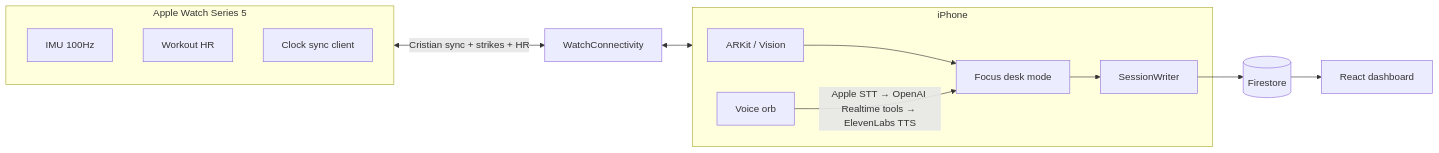
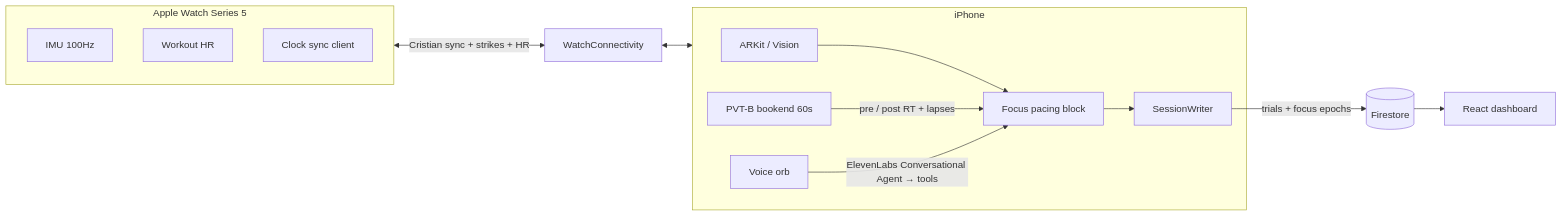
One commit to 5hadowblaze/Synapse changed the diagram in docs/MASTER.md. Above: the diagram before and after it, drawn with Mermaid. The commit also changed other lines of this file and 156 other files, not shown here.

First line of the commit message:
Ship pacing Focus loop: PVT-B bookend, three-proxy fade HUD, ElevenLabs coach, and Focus web timeline.

````diff
--- a/docs/MASTER.md
+++ b/docs/MASTER.md
@@ -34,25 +61,27 @@
 ```mermaid
 flowchart LR
   subgraph watch [Apple Watch Series 5]
     IMU[IMU 100Hz]
     HR[Workout HR]
     SyncW[Clock sync client]
   end
   subgraph phone [iPhone]
     Face[ARKit / Vision]
-    Focus[Focus desk mode]
+    PVT[PVT-B bookend 60s]
+    Focus[Focus pacing block]
     Voice[Voice orb]
     Writer[SessionWriter]
   end
   WC[WatchConnectivity]
   FS[(Firestore)]
   Web[React dashboard]
 
   watch <-->|Cristian sync + strikes + HR| WC
   WC <--> phone
   Face --> Focus
+  PVT -->|pre / post RT + lapses| Focus
   Focus --> Writer
-  Writer --> FS
+  Writer -->|trials + focus epochs| FS
   FS --> Web
-  Voice -->|Apple STT → OpenAI Realtime tools → ElevenLabs TTS| Focus
+  Voice -->|ElevenLabs Conversational Agent → tools| Focus
 ```
````
